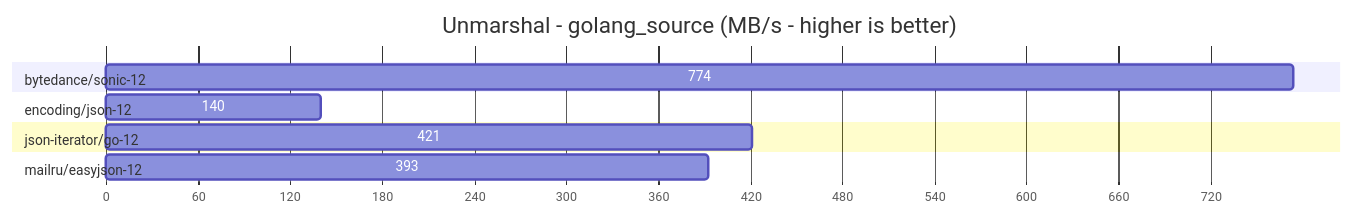
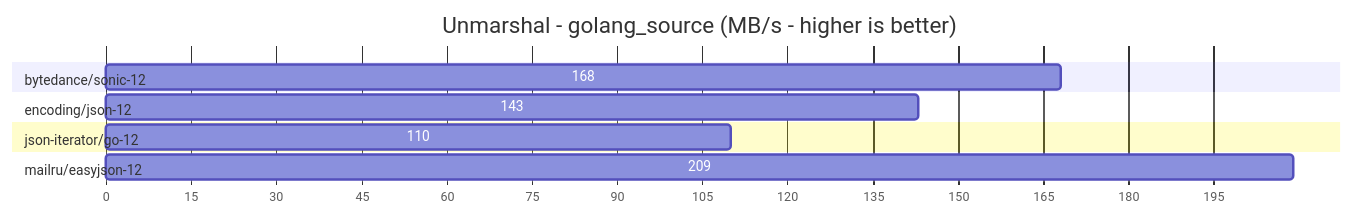
Before and after one commit to compashka/json-benchmarks: the ninth of 12 diagrams in README.md, drawn with Mermaid. The commit also changed other lines of this file and 23 other files, not shown here.

````diff
--- a/README.md
+++ b/README.md
@@ -139,15 +149,15 @@
 ```mermaid
 gantt
 title Unmarshal - golang_source (MB/s - higher is better)
 dateFormat X
 axisFormat %s
 
 section bytedance/sonic-12       
-774 :0, 774
+168:0,168
 section encoding/json-12         
-140 :0, 140
+143:0,143
 section json-iterator/go-12      
-421 :0, 421
+110:0,110
 section mailru/easyjson-12       
-393 :0, 393
+209:0,209
 ```
````
